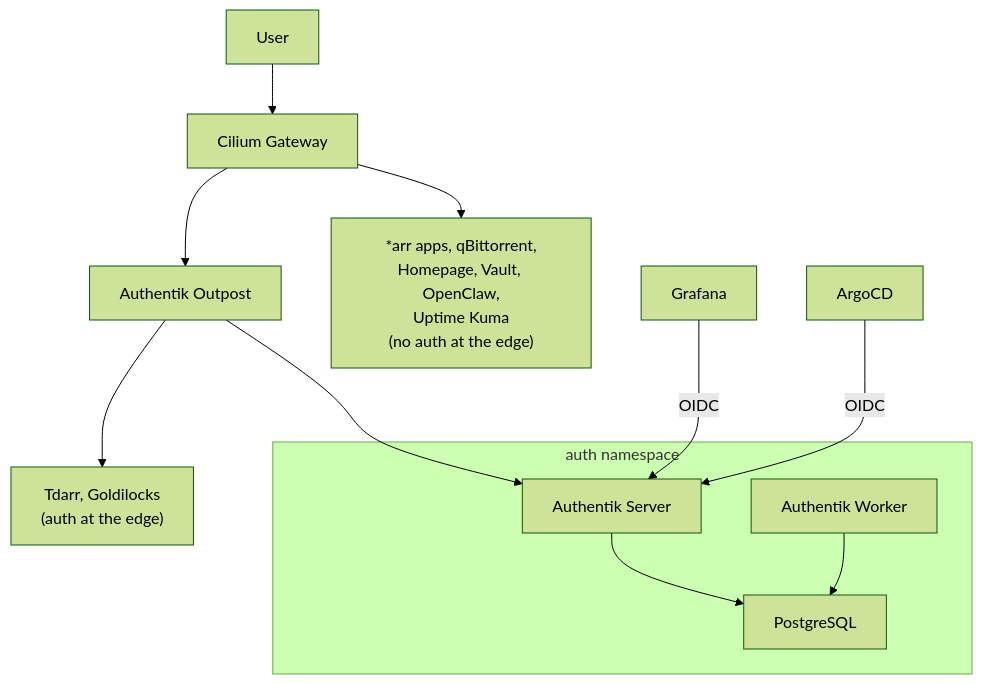
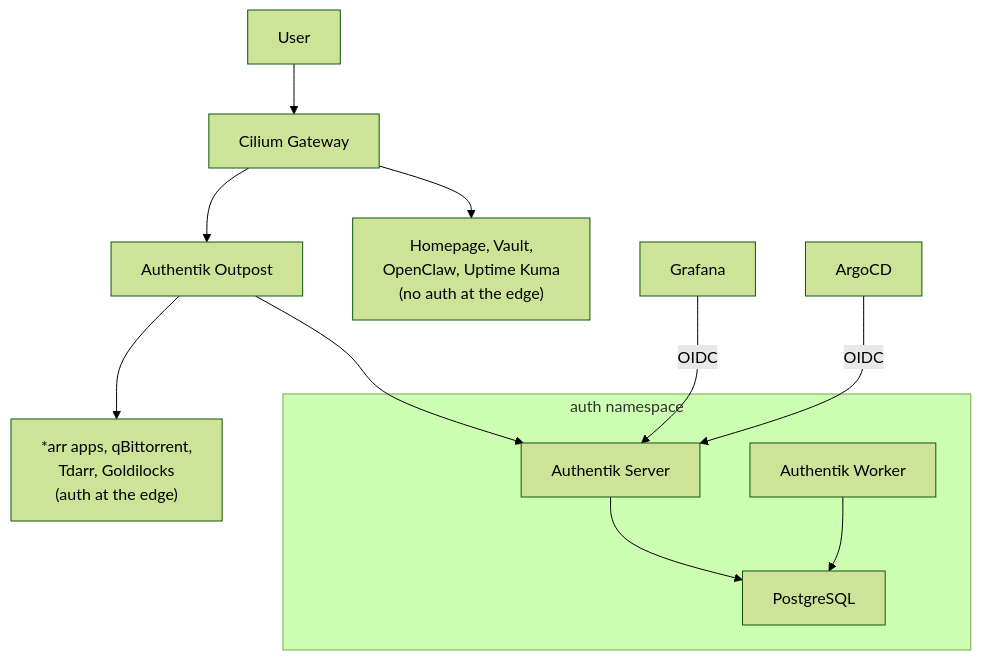
One commit to kyleseneker/homelab changed the diagram in docs/architecture/auth.md. Above: the diagram before and after it, drawn with Mermaid (forest theme). The commit also changed other lines of this file, not shown here.

Commit message:
docs(auth): record the arr apps behind sso and why vault stays out

````diff
--- a/docs/architecture/auth.md
+++ b/docs/architecture/auth.md
@@ -7,19 +7,19 @@
 ```mermaid
 flowchart TB
     subgraph authNS ["auth namespace"]
         AuthentikServer["Authentik Server"]
         AuthentikWorker["Authentik Worker"]
         PostgreSQL["PostgreSQL"]
         AuthentikServer --> PostgreSQL
         AuthentikWorker --> PostgreSQL
     end
 
     User["User"] --> Gateway["Cilium Gateway"]
     Gateway --> Outpost["Authentik Outpost"]
-    Outpost --> ProtectedApps["Tdarr, Goldilocks<br/>(auth at the edge)"]
+    Outpost --> ProtectedApps["*arr apps, qBittorrent,<br/>Tdarr, Goldilocks<br/>(auth at the edge)"]
     Outpost --> AuthentikServer
-    Gateway --> UnprotectedApps["*arr apps, qBittorrent,<br/>Homepage, Vault, OpenClaw,<br/>Uptime Kuma<br/>(no auth at the edge)"]
+    Gateway --> UnprotectedApps["Homepage, Vault,<br/>OpenClaw, Uptime Kuma<br/>(no auth at the edge)"]
 
     Grafana["Grafana"] -->|"OIDC"| AuthentikServer
     ArgoCD["ArgoCD"] -->|"OIDC"| AuthentikServer
 ```
````
